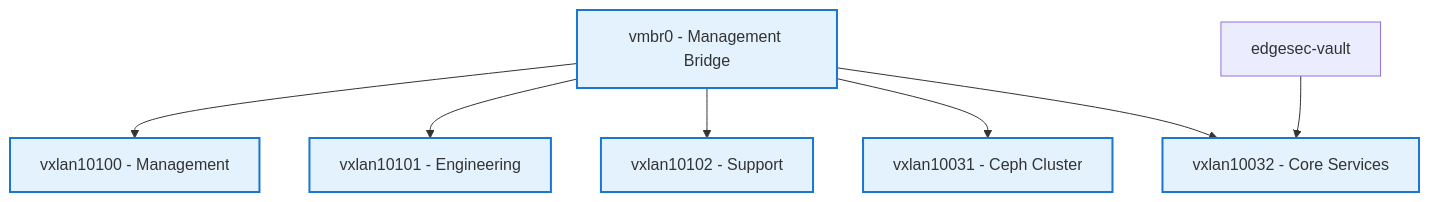
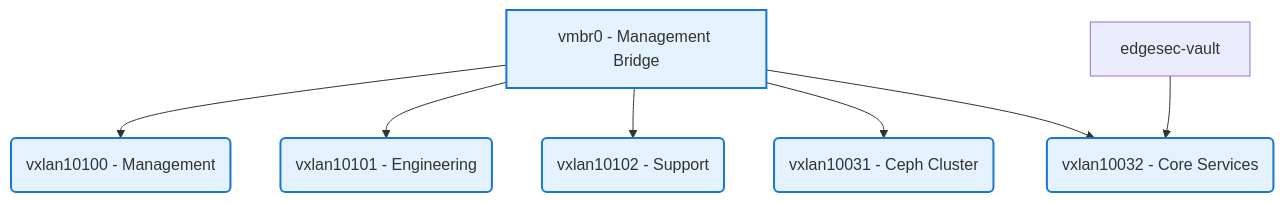
One commit to CEP-Comwell/proxmox_addons changed the second of 4 diagrams in README.md. Above: the diagram before and after it, drawn with Mermaid. The commit also changed other lines of this file, not shown here.

Commit message:
test VXLAN rounded rect

````diff
--- a/README.md
+++ b/README.md
@@ -81,18 +81,18 @@
 ```mermaid
 graph TD
 MgmtBridge[vmbr0 - Management Bridge]
-VX10100[vxlan10100 - Management]
-VX10101[vxlan10101 - Engineering]
-VX10102[vxlan10102 - Support]
-VXCEPH2[vxlan10031 - Ceph Cluster]
-VX10032[vxlan10032 - Core Services]
+VX10100(vxlan10100 - Management)
+VX10101(vxlan10101 - Engineering)
+VX10102(vxlan10102 - Support)
+VXCEPH2(vxlan10031 - Ceph Cluster)
+VX10032(vxlan10032 - Core Services)
 VaultVM[edgesec-vault]
 MgmtBridge --> VX10100
 MgmtBridge --> VX10101
 MgmtBridge --> VX10102
 MgmtBridge --> VXCEPH2
 MgmtBridge --> VX10032
 VaultVM --> VX10032
 classDef mgmt fill:#e3f2fd,stroke:#1976d2,stroke-width:2px;
 class MgmtBridge,VX10100,VX10101,VX10102,VXCEPH2,VX10032 mgmt;
 ```
````
